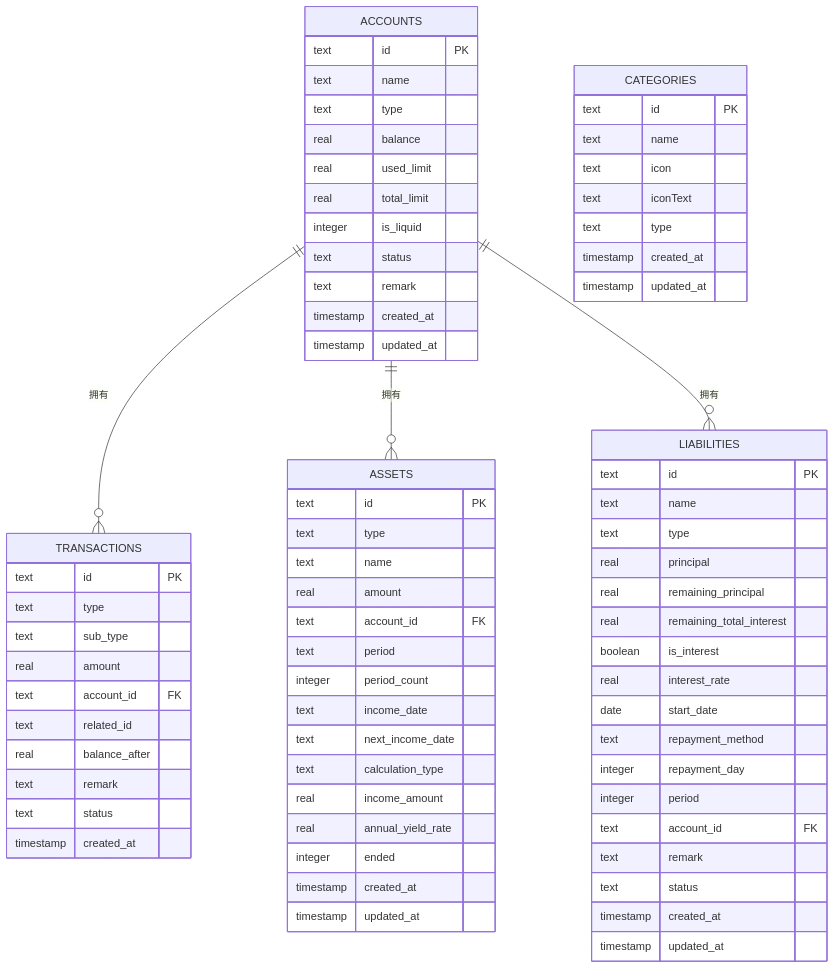
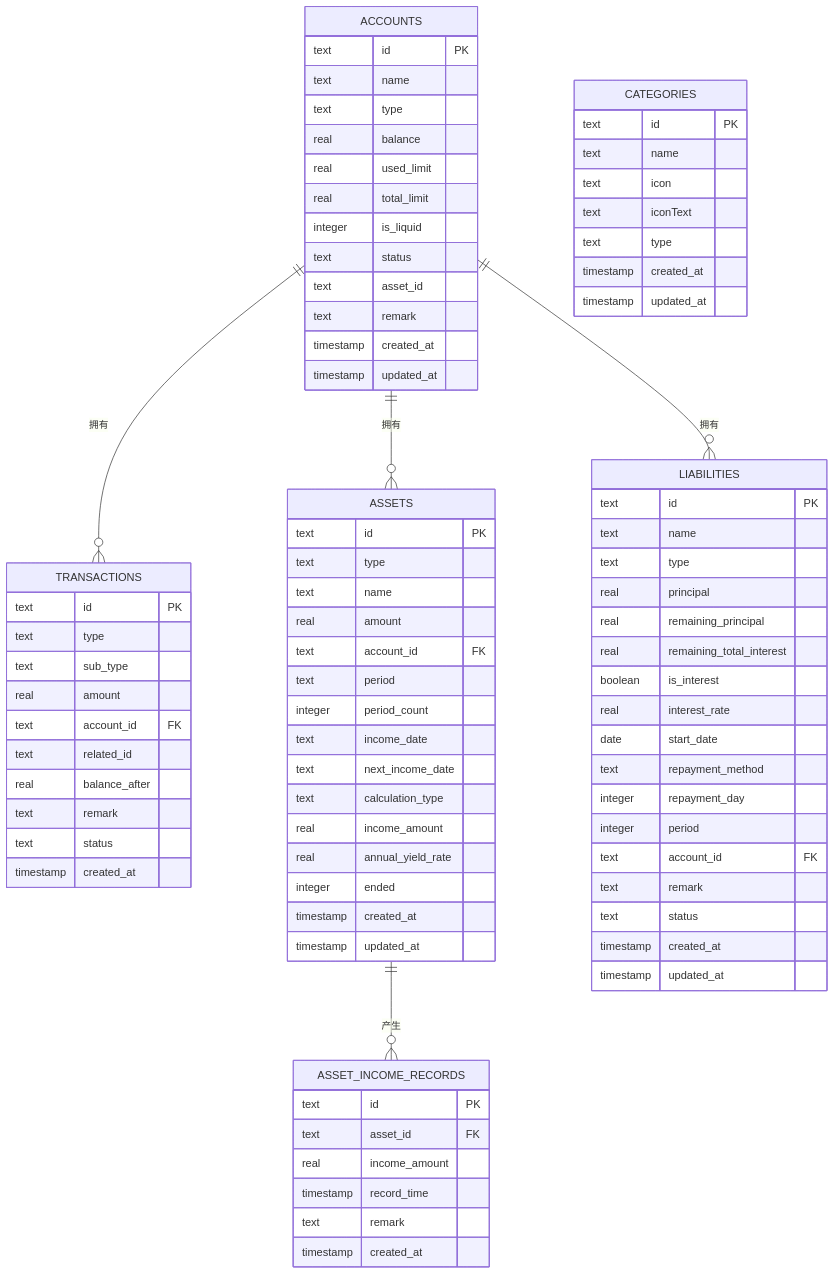
One commit to xiao-lin-unit/yuan changed the third of 9 diagrams in .qoder/repowiki/zh/content/数据库管理/数据库设计.md. Above: the diagram before and after it, drawn with Mermaid. The commit also changed other lines of this file and 18 other files, not shown here.

````diff
--- a/.qoder/repowiki/zh/content/数据库管理/数据库设计.md
+++ b/.qoder/repowiki/zh/content/数据库管理/数据库设计.md
@@ -231,6 +253,7 @@
 real total_limit
 integer is_liquid
 text status
+text asset_id
 text remark
 timestamp created_at
 timestamp updated_at
@@ -264,6 +287,14 @@
 timestamp created_at
 timestamp updated_at
 }
+ASSET_INCOME_RECORDS {
+text id PK
+text asset_id FK
+real income_amount
+timestamp record_time
+text remark
+timestamp created_at
+}
 LIABILITIES {
 text id PK
 text name
@@ -294,5 +325,6 @@
 }
 ACCOUNTS ||--o{ TRANSACTIONS : "拥有"
 ACCOUNTS ||--o{ ASSETS : "拥有"
+ASSETS ||--o{ ASSET_INCOME_RECORDS : "产生"
 ACCOUNTS ||--o{ LIABILITIES : "拥有"
 ```
````
